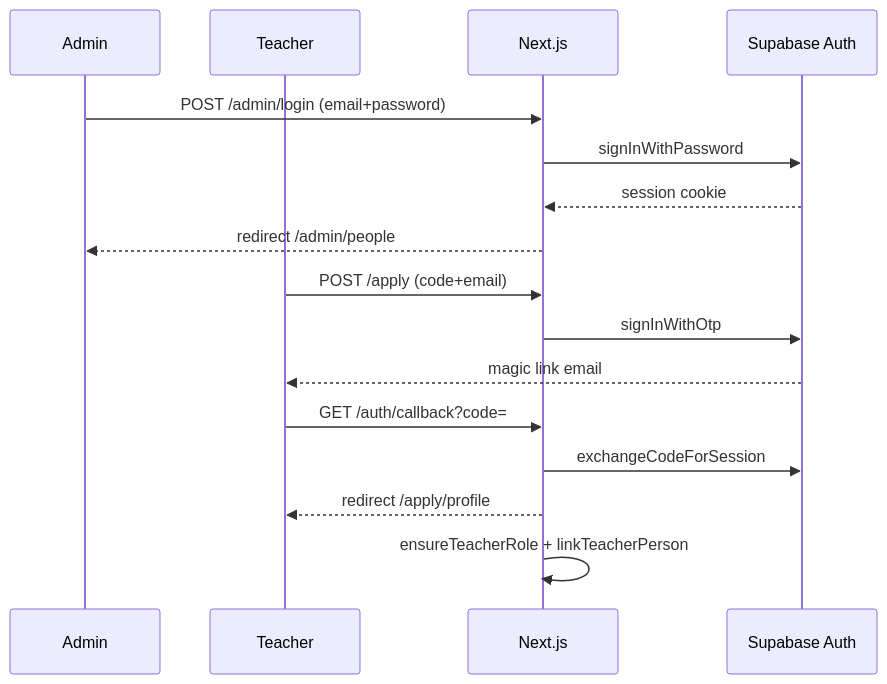
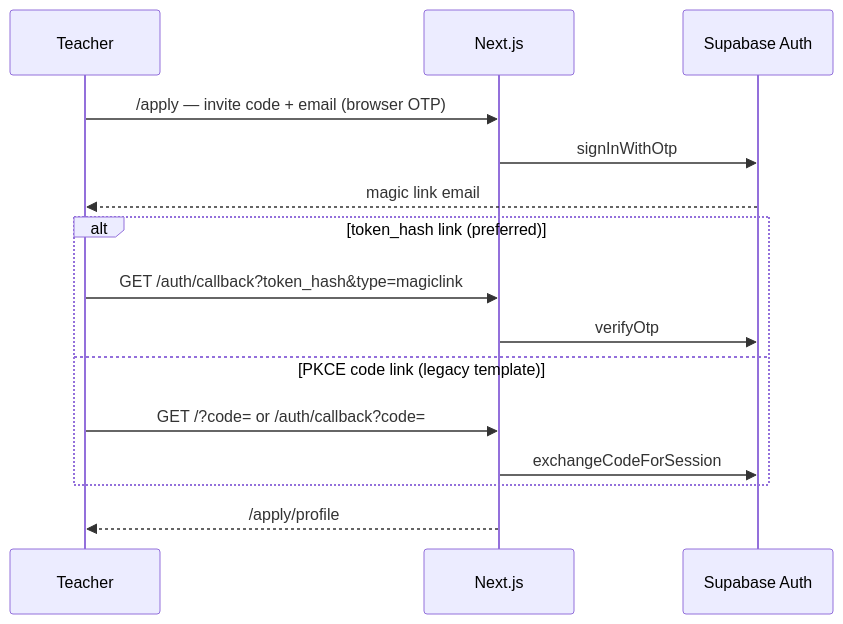
The first of 3 diagrams in docs/backend-architecture.md (greatgiho/thewellnesskorea), drawn with Mermaid before and after one commit. The commit also changed other lines of this file and 6 other files, not shown here.

First line of the commit message:
Support cross-device teacher magic links via token_hash verification.

````diff
--- a/docs/backend-architecture.md
+++ b/docs/backend-architecture.md
@@ -56,20 +98,18 @@
 ```mermaid
 sequenceDiagram
-    participant A as Admin
     participant T as Teacher
     participant App as Next.js
     participant SB as Supabase Auth
 
-    A->>App: POST /admin/login (email+password)
-    App->>SB: signInWithPassword
-    SB-->>App: session cookie
-    App-->>A: redirect /admin/people
-
-    T->>App: POST /apply (code+email)
+    T->>App: /apply — invite code + email (browser OTP)
     App->>SB: signInWithOtp
     SB-->>T: magic link email
-    T->>App: GET /auth/callback?code=
+  alt token_hash link (preferred)
+    T->>App: GET /auth/callback?token_hash&type=magiclink
+    App->>SB: verifyOtp
+  else PKCE code link (legacy template)
+    T->>App: GET /?code= or /auth/callback?code=
     App->>SB: exchangeCodeForSession
-    App-->>T: redirect /apply/profile
-    App->>App: ensureTeacherRole + linkTeacherPerson
+  end
+    App-->>T: /apply/profile
 ```
````
